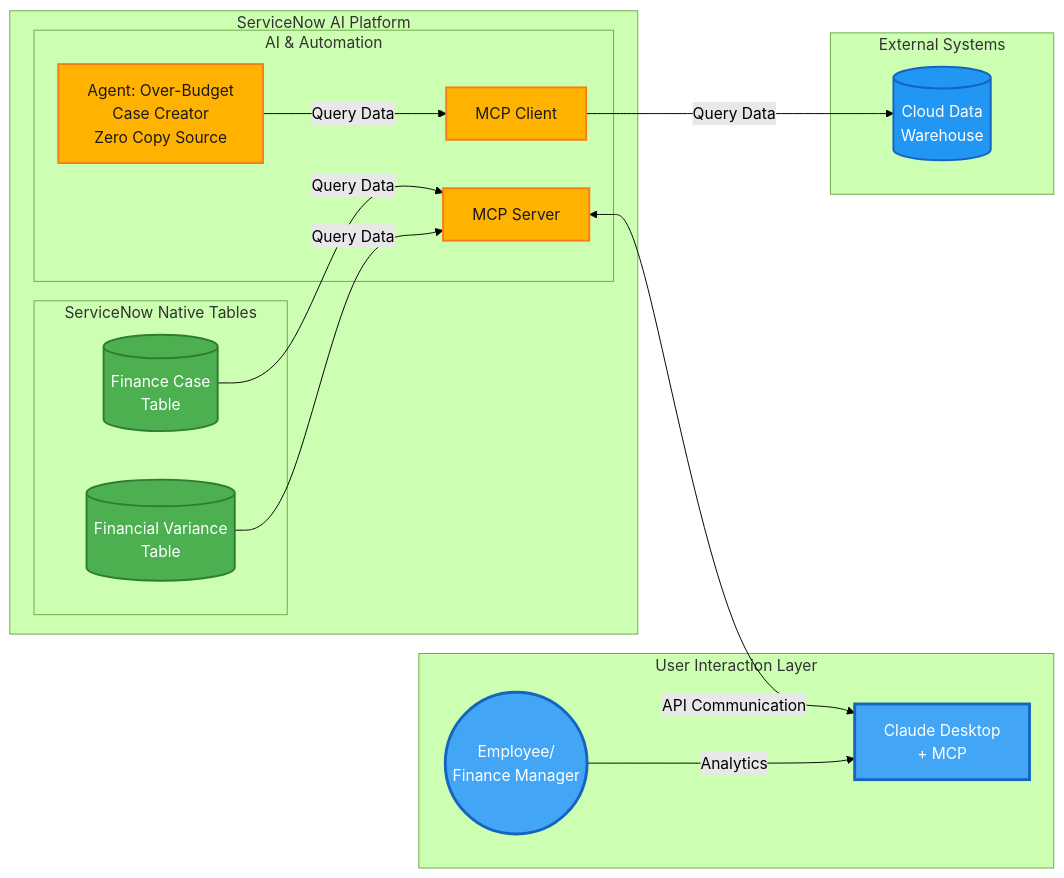
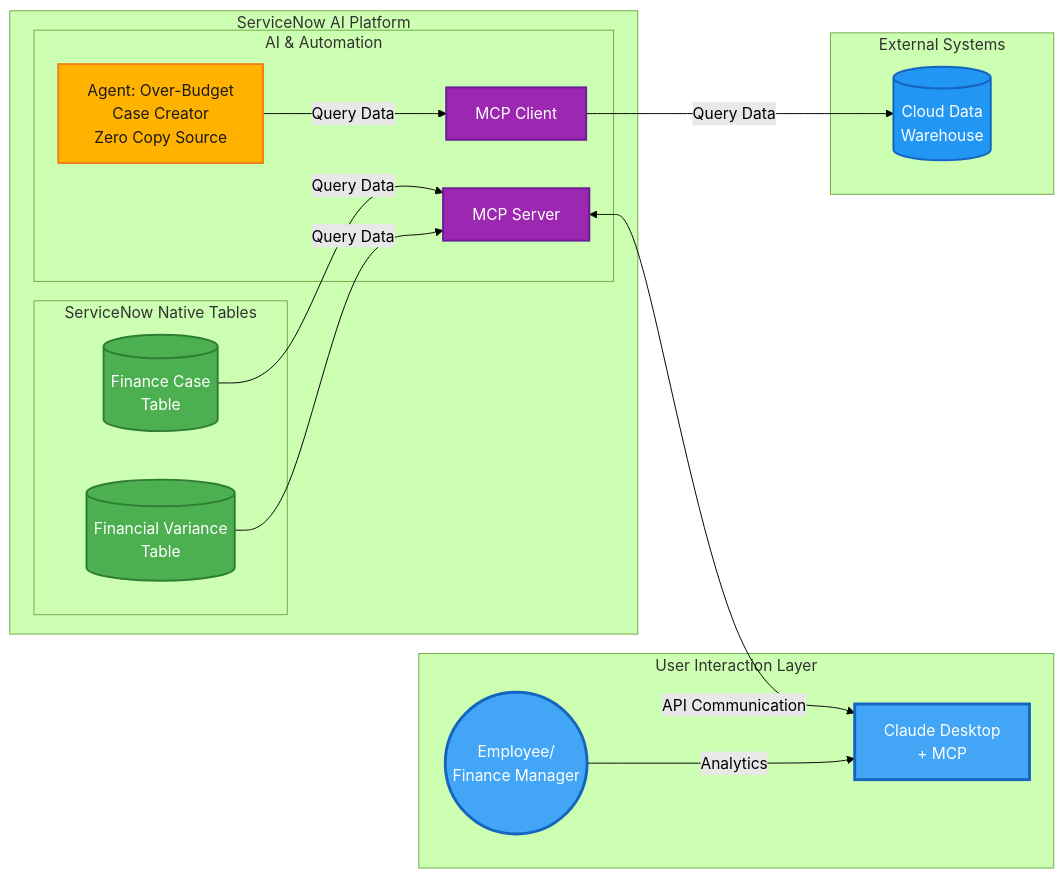
One commit to leojacinto/WorkflowDataFabric-TypeA changed the diagram in extended-exercises/lab-exercise-model-context-protocol-server-client.md. Above: the diagram before and after it, drawn with Mermaid (forest theme). The commit also changed 6 other files, not shown here.

Commit message:
Consistent color scheme across all mermaid diagrams: nowassist (amber), platform (green), wdf (purple), external (blue), user (light blue)

````diff
--- a/extended-exercises/lab-exercise-model-context-protocol-server-client.md
+++ b/extended-exercises/lab-exercise-model-context-protocol-server-client.md
@@ -37,52 +37,50 @@
 ```mermaid
 graph LR
     subgraph "User Interaction Layer"
         Employee((Employee/<br/>Finance Manager))
         ClaudeDesktop[Claude Desktop<br/>+ MCP]
     end
 
     subgraph "External Systems"
         CDW[(Cloud Data<br/>Warehouse)]
     end
 
     subgraph "ServiceNow AI Platform"
         subgraph "ServiceNow Native Tables"
             FinCase[(Finance Case<br/>Table)]
             FinVar[(Financial Variance<br/>Table)]
         end
 
         subgraph AI[AI & Automation]
             Agent1[Agent: Over-Budget<br/>Case Creator<br/>Zero Copy Source]
             MCPS[MCP Server]
             MCPC[MCP Client]
         end
     end
 
     %% MCP Server Connection
     FinVar -->|Query Data| MCPS
     FinCase -->|Query Data| MCPS
     MCPS <-->|API Communication| ClaudeDesktop
 
     %% MCP Client Connection
     Agent1 -->|Query Data| MCPC
     MCPC -->|Query Data| CDW
 
     %% User Interaction Connections
     Employee -->|Analytics| ClaudeDesktop
 
     %% Styling
     classDef external fill:#2196F3,stroke:#1565C0,stroke-width:2px,color:#fff
-    classDef integration fill:#FF9800,stroke:#E65100,stroke-width:2px,color:#fff
-    classDef zeroCopy fill:#9C27B0,stroke:#6A1B9A,stroke-width:2px,color:#fff
-    classDef native fill:#4CAF50,stroke:#2E7D32,stroke-width:2px,color:#fff
-    classDef ai fill:#FFB300,stroke:#F57F17,stroke-width:2px,color:#1a1a1a
     classDef user fill:#42A5F5,stroke:#1565C0,stroke-width:3px,color:#fff
+    classDef nowassist fill:#FFB300,stroke:#F57F17,stroke-width:2px,color:#1a1a1a
+    classDef platform fill:#4CAF50,stroke:#2E7D32,stroke-width:2px,color:#fff
+    classDef wdf fill:#9C27B0,stroke:#6A1B9A,stroke-width:2px,color:#fff
 
-    class ERP,ExpenseAPI,SharePoint,CDW,MockERP,MockExpense,MockCDW external
-    class ZeroCopySQL,ZeroCopyERP,IntHub,ExtContent integration
-    class ZCCC,ZCCH,ZCCO,ZCExp zeroCopy
-    class ExpenseTable,FinCase,FinVar native
-    class Agent1,Agent2,Agent3,RAG,NASK,FlowAction,MCPS,MCPC,Lens,DocIntel ai
-    class Employee,EC,ClaudeDesktop user
+    class CDW external
+    class FinCase,FinVar platform
+    class Agent1 nowassist
+    class MCPS,MCPC wdf
+    class Employee,ClaudeDesktop user
 
 ```
````
